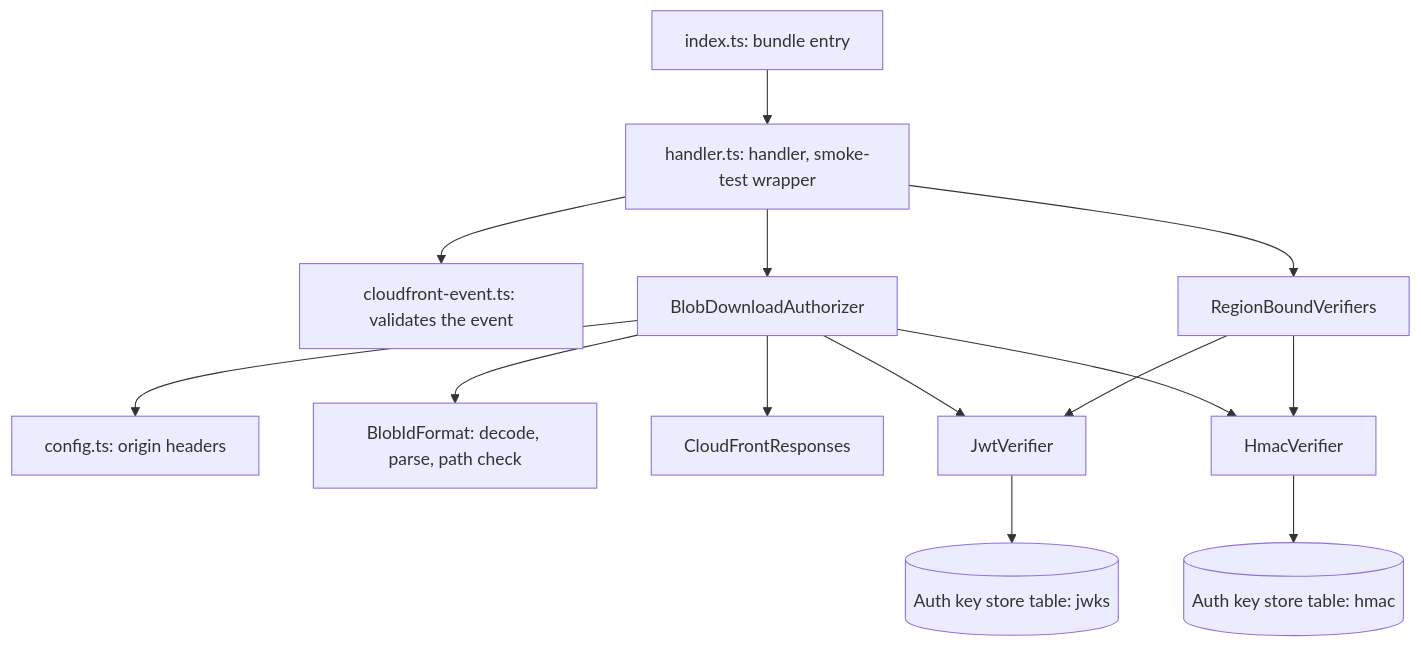
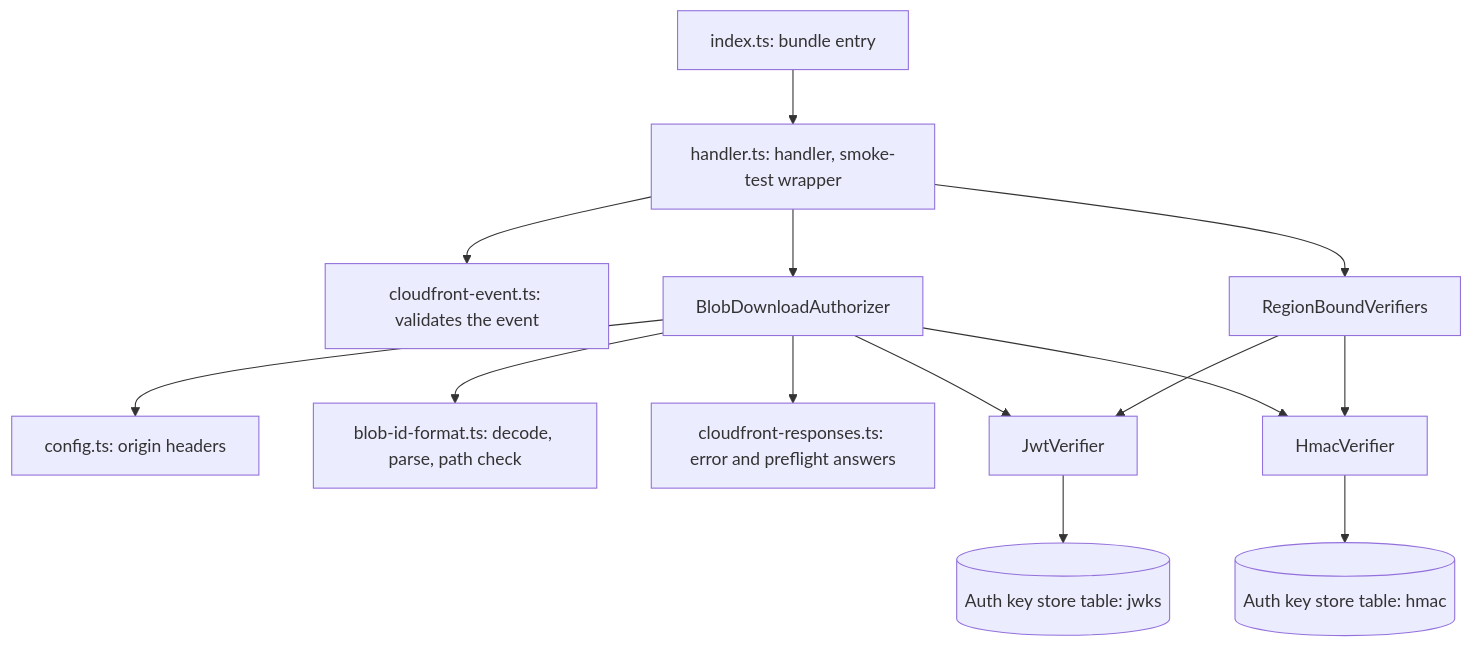
Before and after one commit to serverlessinbox/mailbox-cdk: the first of 2 diagrams in packages/mailbox/src/runtime/jmap-blob-download/README.md, drawn with Mermaid. The commit also changed 15 other files, not shown here.

````diff
--- a/packages/mailbox/src/runtime/jmap-blob-download/README.md
+++ b/packages/mailbox/src/runtime/jmap-blob-download/README.md
@@ -10,16 +10,16 @@
 ```mermaid
 flowchart TD
   index["index.ts: bundle entry"] --> handler["handler.ts: handler, smoke-test wrapper"]
   handler --> event["cloudfront-event.ts: validates the event"]
   handler --> authorizer["BlobDownloadAuthorizer"]
   handler --> verifiers["RegionBoundVerifiers"]
   authorizer --> config["config.ts: origin headers"]
-  authorizer --> format["BlobIdFormat: decode, parse, path check"]
-  authorizer --> responses["CloudFrontResponses"]
+  authorizer --> format["blob-id-format.ts: decode, parse, path check"]
+  authorizer --> responses["cloudfront-responses.ts: error and preflight answers"]
   authorizer --> jwt["JwtVerifier"]
   authorizer --> hmac["HmacVerifier"]
   verifiers --> jwt
   verifiers --> hmac
   jwt --> store[("Auth key store table: jwks")]
   hmac --> store2[("Auth key store table: hmac")]
 ```
````
